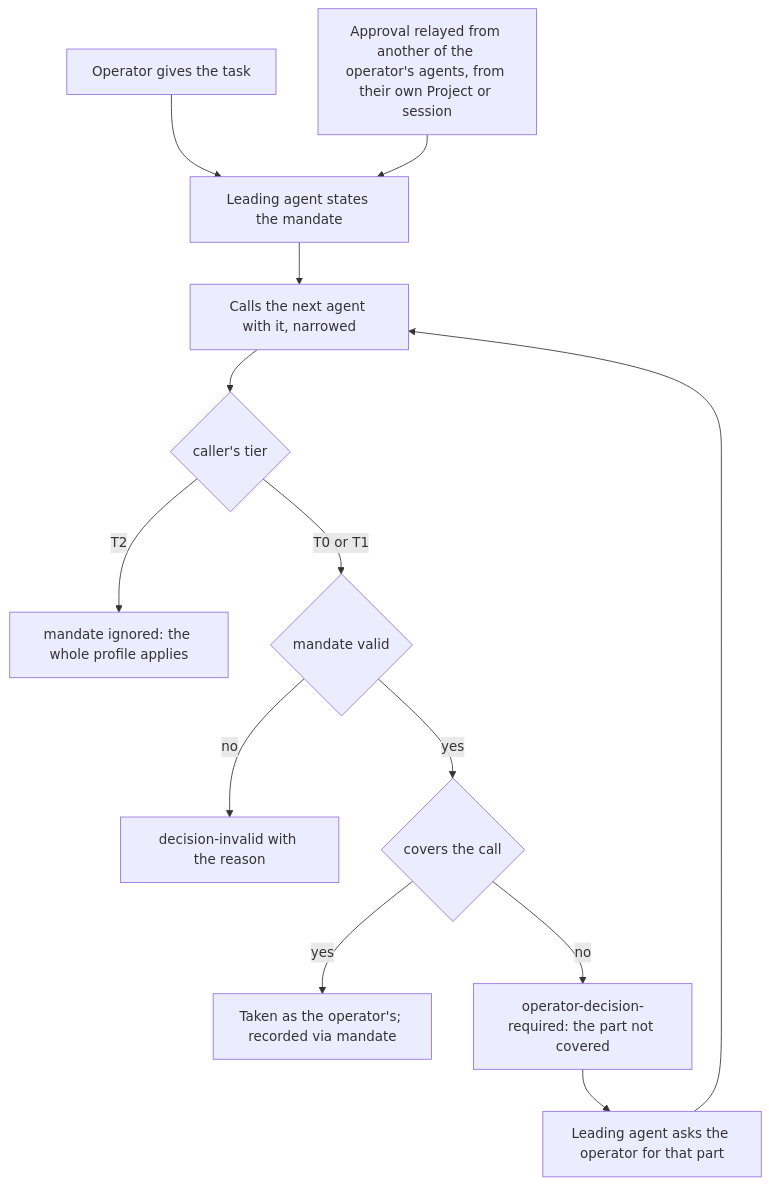
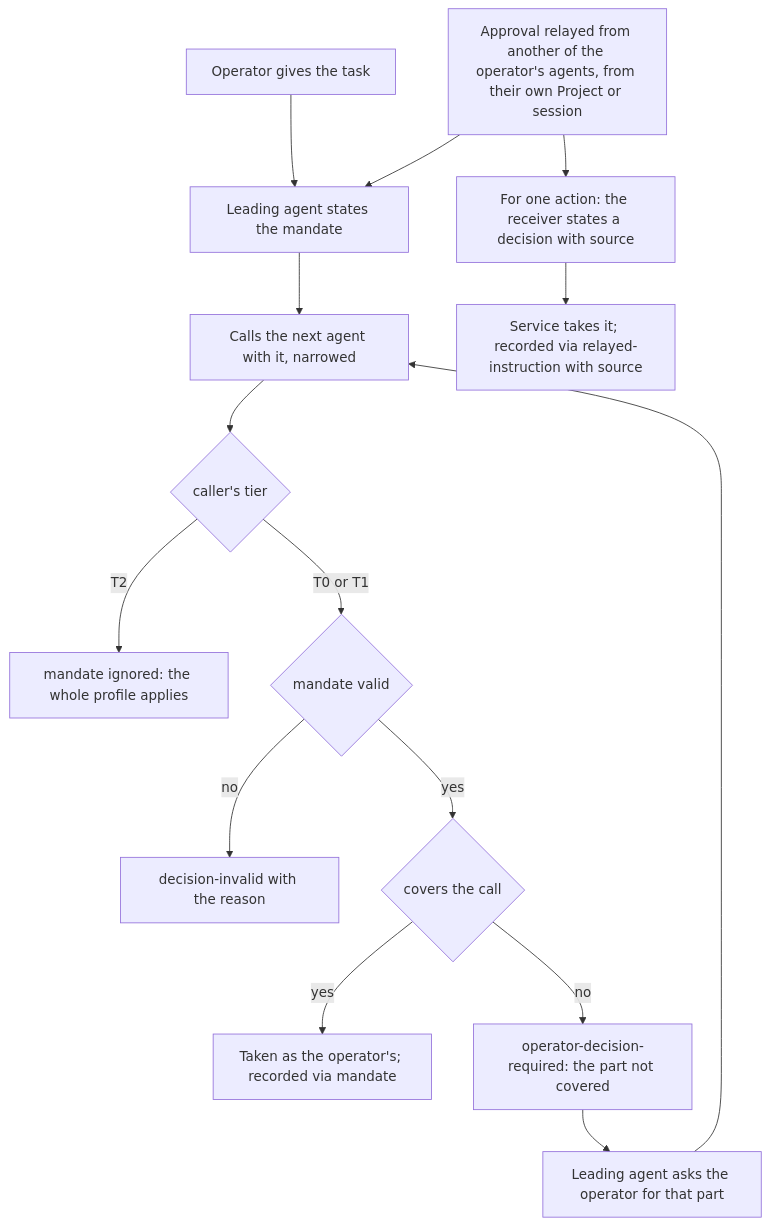
One commit to passioncode-ai/fabric-agent-contract changed diagram 31 of 31 in docs/ux/flows.md. Above: the diagram before and after it, drawn with Mermaid. The commit also changed 3 other files, not shown here.

````diff
--- a/docs/ux/flows.md
+++ b/docs/ux/flows.md
@@ -775,15 +775,17 @@
 ```mermaid
 flowchart TD
   O[Operator gives the task] --> L[Leading agent states the mandate]
   R[Approval relayed from another of the operator's agents, from their own Project or session] --> L
+  R --> D[For one action: the receiver states a decision with source]
+  D --> S[Service takes it; recorded via relayed-instruction with source]
   L --> C[Calls the next agent with it, narrowed]
   C --> T{caller's tier}
   T -->|T2| X[mandate ignored: the whole profile applies]
   T -->|T0 or T1| V{mandate valid}
   V -->|no| I[decision-invalid with the reason]
   V -->|yes| K{covers the call}
   K -->|yes| A[Taken as the operator's; recorded via mandate]
   K -->|no| Q[operator-decision-required: the part not covered]
   Q --> P[Leading agent asks the operator for that part]
   P --> C
 ```
````
